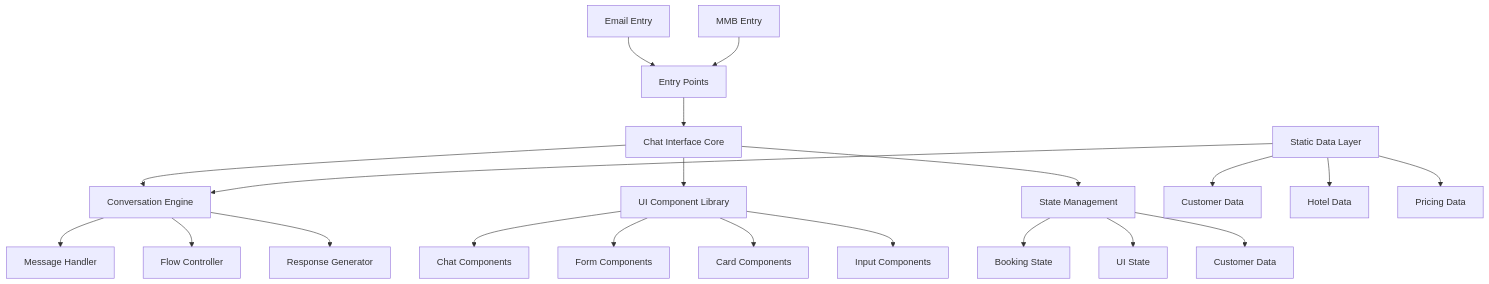
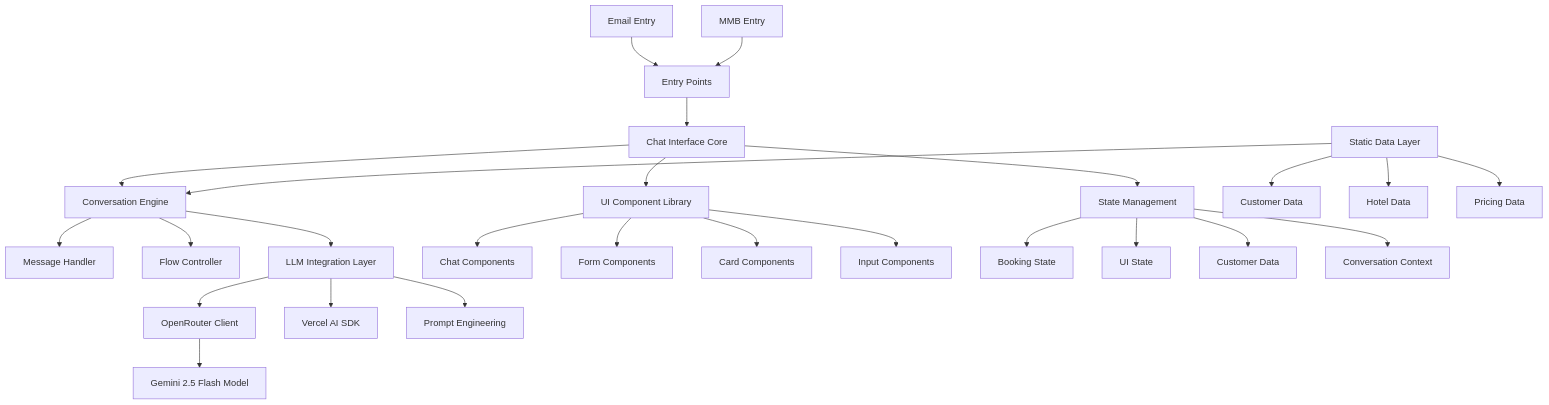
One commit to pohlipit23/QR_Stopover_Agent changed the second of 3 diagrams in .kiro/specs/qatar-stopover-ai-agent/design.md. Above: the diagram before and after it, drawn with Mermaid. The commit also changed other lines of this file and 19 other files, not shown here.

````diff
--- a/.kiro/specs/qatar-stopover-ai-agent/design.md
+++ b/.kiro/specs/qatar-stopover-ai-agent/design.md
@@ -97,28 +97,34 @@
 ```mermaid
 graph TB
     A[Entry Points] --> B[Chat Interface Core]
     B --> C[Conversation Engine]
     B --> D[UI Component Library]
     B --> E[State Management]
     
     A1[Email Entry] --> A
     A2[MMB Entry] --> A
     
     C --> C1[Message Handler]
     C --> C2[Flow Controller]
-    C --> C3[Response Generator]
+    C --> C3[LLM Integration Layer]
+    
+    C3 --> C4[OpenRouter Client]
+    C4 --> C5[Gemini 2.5 Flash Model]
+    C3 --> C6[Vercel AI SDK]
+    C3 --> C7[Prompt Engineering]
     
     D --> D1[Chat Components]
     D --> D2[Form Components]
     D --> D3[Card Components]
     D --> D4[Input Components]
     
     E --> E1[Booking State]
     E --> E2[UI State]
     E --> E3[Customer Data]
+    E --> E4[Conversation Context]
     
     F[Static Data Layer] --> C
     F --> F1[Customer Data]
     F --> F2[Hotel Data]
     F --> F3[Pricing Data]
 ```
````
